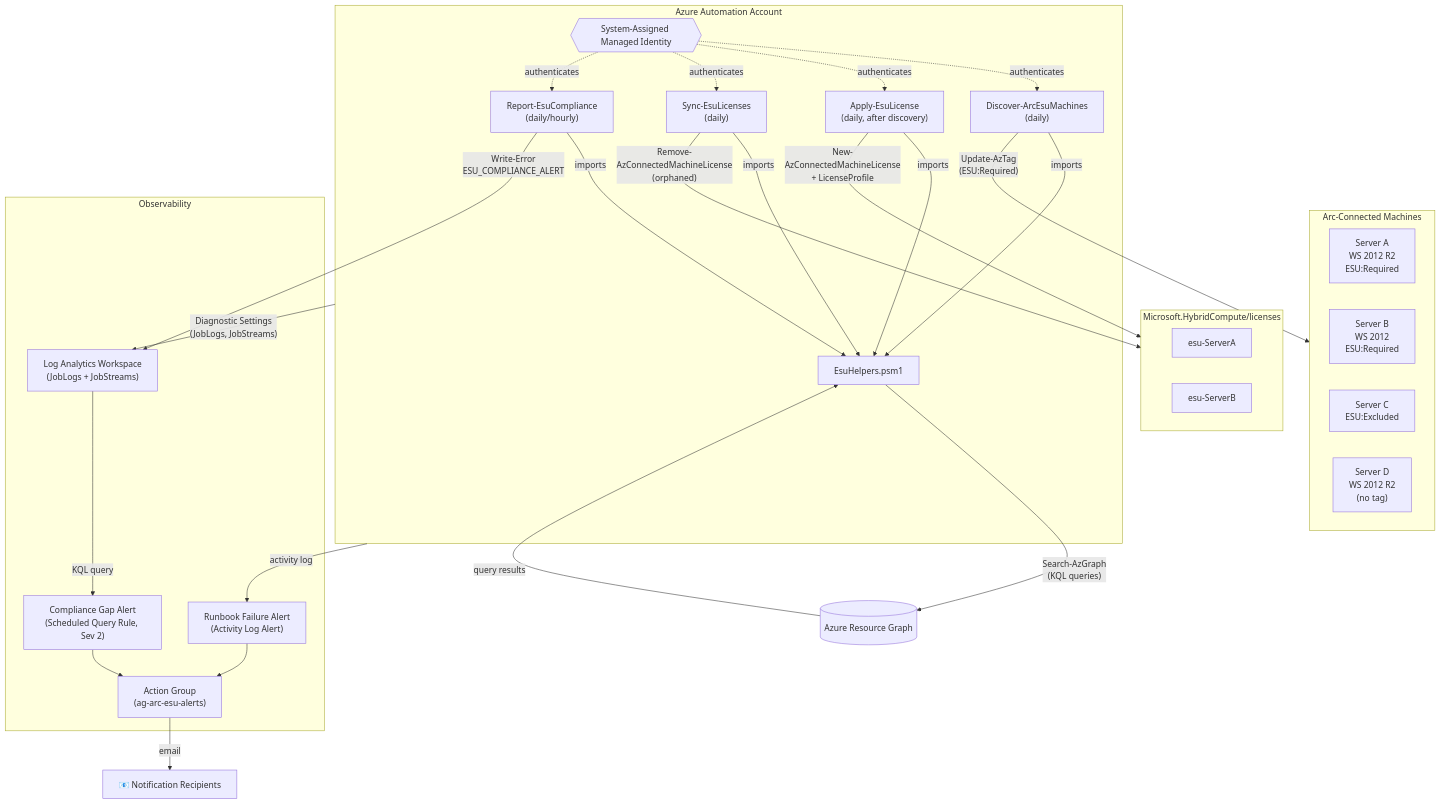
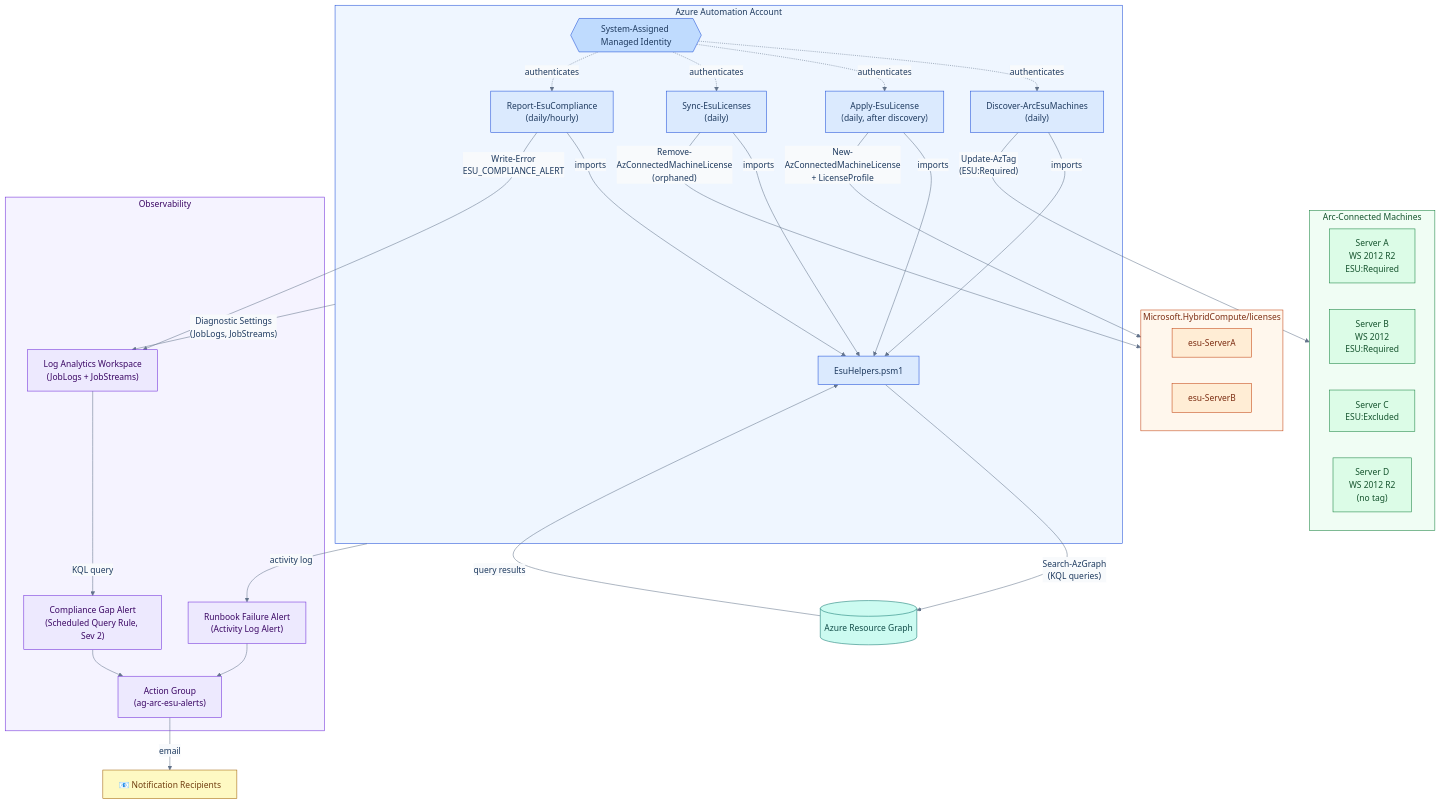
One commit to ahmedbham/arc-esu-automation changed the first of 2 diagrams in docs/architecture.md. Above: the diagram before and after it, drawn with Mermaid.

Commit message:
Update architecture diagram from gray/black to Azure-inspired color scheme
Agent-Logs-Url: https://github.com/ahmedbham/arc-esu-automation/sessions/328595d6-893b-48a8-94d8-bbe4bd140aeb

````diff
--- a/docs/architecture.md
+++ b/docs/architecture.md
@@ -11,53 +11,75 @@
 ```mermaid
+%%{init: {'theme': 'base', 'themeVariables': {'primaryColor': '#dbeafe', 'primaryBorderColor': '#1d4ed8', 'primaryTextColor': '#1e3a5f', 'lineColor': '#64748b', 'edgeLabelBackground': '#f8fafc'}}}%%
 flowchart TD
+    classDef automation fill:#dbeafe,stroke:#1d4ed8,color:#1e3a5f
+    classDef identity fill:#bfdbfe,stroke:#1d4ed8,color:#1e3a5f
+    classDef arcNode fill:#dcfce7,stroke:#15803d,color:#14532d
+    classDef licenseNode fill:#ffedd5,stroke:#c2410c,color:#7c2d12
+    classDef obsNode fill:#ede9fe,stroke:#6d28d9,color:#3b0764
+    classDef argNode fill:#ccfbf1,stroke:#0f766e,color:#134e4a
+    classDef emailNode fill:#fef9c3,stroke:#a16207,color:#713f12
+
     subgraph AA["Azure Automation Account"]
         MI{{System-Assigned Managed Identity}}
         MOD[EsuHelpers.psm1]
         R1["Discover-ArcEsuMachines<br/>(daily)"]
         R2["Apply-EsuLicense<br/>(daily, after discovery)"]
         R3["Sync-EsuLicenses<br/>(daily)"]
         R4["Report-EsuCompliance<br/>(daily/hourly)"]
         R1 -->|imports| MOD
         R2 -->|imports| MOD
         R3 -->|imports| MOD
         R4 -->|imports| MOD
         MI -.->|authenticates| R1
         MI -.->|authenticates| R2
         MI -.->|authenticates| R3
         MI -.->|authenticates| R4
     end
 
     ARG[(Azure Resource Graph)]
     MOD -->|"Search-AzGraph<br/>(KQL queries)"| ARG
 
     subgraph ARC["Arc-Connected Machines"]
         M1["Server A<br/>WS 2012 R2<br/>ESU:Required"]
         M2["Server B<br/>WS 2012<br/>ESU:Required"]
         M3["Server C<br/>ESU:Excluded"]
         M4["Server D<br/>WS 2012 R2<br/>(no tag)"]
     end
     ARG -->|query results| MOD
 
     subgraph LIC["Microsoft.HybridCompute/licenses"]
         L1[esu-ServerA]
         L2[esu-ServerB]
     end
     R1 -->|"Update-AzTag<br/>(ESU:Required)"| ARC
     R2 -->|"New-AzConnectedMachineLicense<br/>+ LicenseProfile"| LIC
     R3 -->|"Remove-AzConnectedMachineLicense<br/>(orphaned)"| LIC
 
     subgraph OBS["Observability"]
         LAW["Log Analytics Workspace<br/>(JobLogs + JobStreams)"]
         ALERT1["Compliance Gap Alert<br/>(Scheduled Query Rule, Sev 2)"]
         ALERT2["Runbook Failure Alert<br/>(Activity Log Alert)"]
         AG["Action Group<br/>(ag-arc-esu-alerts)"]
     end
 
     AA -->|"Diagnostic Settings<br/>(JobLogs, JobStreams)"| LAW
     LAW -->|KQL query| ALERT1
     AA -->|activity log| ALERT2
     ALERT1 --> AG
     ALERT2 --> AG
     AG -->|email| EMAIL["📧 Notification Recipients"]
     R4 -->|"Write-Error<br/>ESU_COMPLIANCE_ALERT"| LAW
+
+    class MI identity
+    class MOD,R1,R2,R3,R4 automation
+    class M1,M2,M3,M4 arcNode
+    class L1,L2 licenseNode
+    class LAW,ALERT1,ALERT2,AG obsNode
+    class ARG argNode
+    class EMAIL emailNode
+
+    style AA fill:#eff6ff,stroke:#1d4ed8,color:#1e3a5f
+    style ARC fill:#f0fdf4,stroke:#15803d,color:#14532d
+    style LIC fill:#fff7ed,stroke:#c2410c,color:#7c2d12
+    style OBS fill:#f5f3ff,stroke:#6d28d9,color:#3b0764
 ```
````
